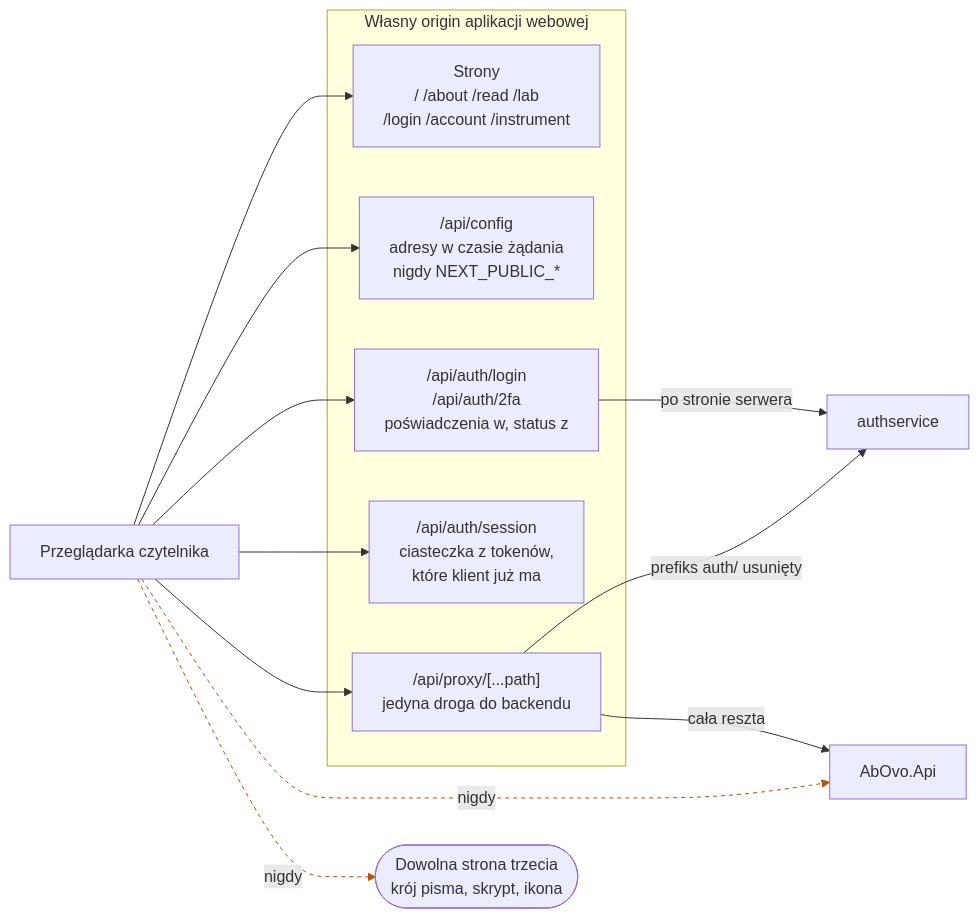
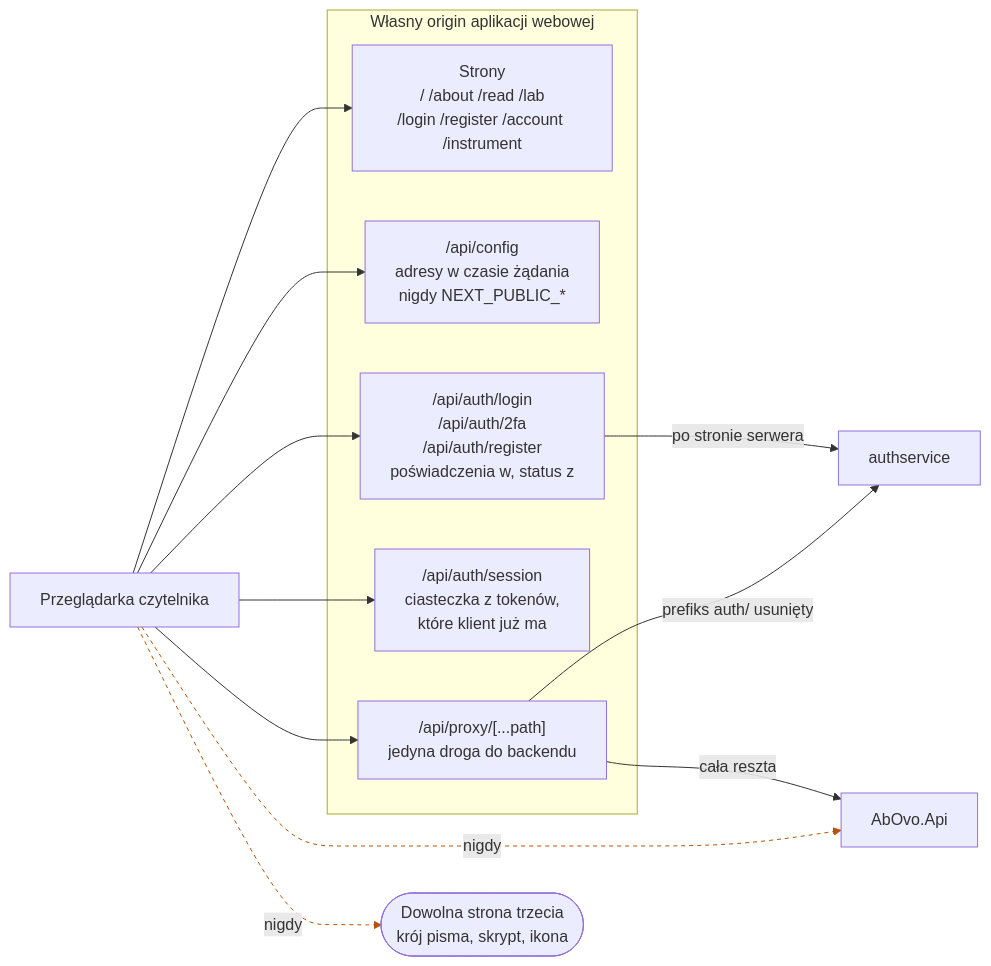
The diagram in docs/diagrams/a3-one-origin.pl.mmd (konradcinkusz/ab-ove), drawn with Mermaid before and after one commit. The commit also changed 31 other files, not shown here.

```diff
--- a/docs/diagrams/a3-one-origin.pl.mmd
+++ b/docs/diagrams/a3-one-origin.pl.mmd
@@ -1,43 +1,43 @@
 %% Jeden origin: każde żądanie przeglądarki i dwa, których jej nie wolno wykonać.
 %% JEDEN DIAGRAM NA PLIK. UTF-8. Dlaczego nie ASCII: patrz a1-system-context.pl.mmd.
 
 %% DWIE PRZERYWANE STRZAŁKI SĄ NARYSOWANE DLATEGO, ŻE NIE WOLNO IM ISTNIEĆ.
 %% FRONTEND-BFF.md sekcja 1: przeglądarka rozmawia z własnym originem aplikacji i z niczym
 %% więcej - nie z API, nie z authservice, nie z CDN, nie z krojem pisma. Dlatego ten majątek
 %% nie konfiguruje CORS po stronie frontendu, a potrzeba takiej konfiguracji oznaczałaby, że
 %% reguła została już złamana.
 
 %% BEARER NIGDY NIE TRAFIA DO DOKUMENTU. /api/auth/login przyjmuje poświadczenia i zwraca
 %% status; tokeny powstają wewnątrz procesu Next.js i są ustawiane jako ciasteczka HttpOnly
 %% (ADR-0018). /api/proxy usuwa przychodzący nagłówek Authorization i wstrzykuje bearer
 %% odczytany z ciasteczka, po stronie serwera.
 
 flowchart LR
   BROWSER["Przeglądarka czytelnika"]
 
   subgraph origin["Własny origin aplikacji webowej"]
-    PAGES["Strony<br/>/ /about /read /lab<br/>/login /account /instrument"]
+    PAGES["Strony<br/>/ /about /read /lab<br/>/login /register /account /instrument"]
     CONFIG["/api/config<br/>adresy w czasie żądania<br/>nigdy NEXT_PUBLIC_*"]
-    LOGIN["/api/auth/login<br/>/api/auth/2fa<br/>poświadczenia w, status z"]
+    LOGIN["/api/auth/login<br/>/api/auth/2fa<br/>/api/auth/register<br/>poświadczenia w, status z"]
     SESSION["/api/auth/session<br/>ciasteczka z tokenów,<br/>które klient już ma"]
     PROXY["/api/proxy/[...path]<br/>jedyna droga do backendu"]
   end
 
   APISVC["AbOvo.Api"]
   AUTHSVC["authservice"]
   CDN(["Dowolna strona trzecia<br/>krój pisma, skrypt, ikona"])
 
   BROWSER --> PAGES
   BROWSER --> CONFIG
   BROWSER --> LOGIN
   BROWSER --> SESSION
   BROWSER --> PROXY
 
   PROXY -->|"prefiks auth/ usunięty"| AUTHSVC
   PROXY -->|"cała reszta"| APISVC
   LOGIN -->|"po stronie serwera"| AUTHSVC
 
   BROWSER -.->|"nigdy"| APISVC
   BROWSER -.->|"nigdy"| CDN
 
   linkStyle 8,9 stroke:#b45309,stroke-dasharray: 4 4;
```
